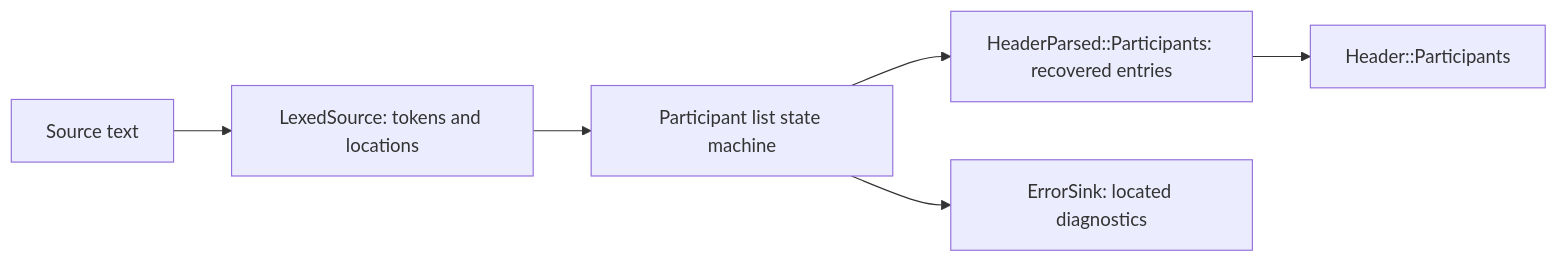
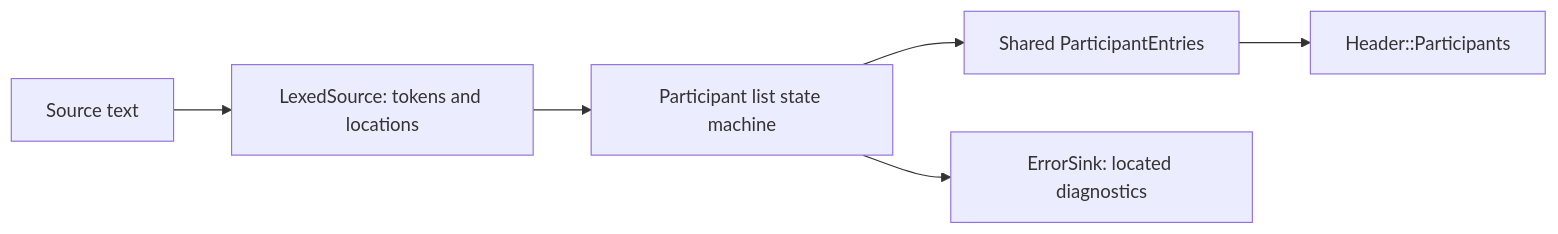
The second of 2 diagrams in book/src/architecture/parser-backends.md (TalkBank/chatter), drawn with Mermaid before and after one commit. The commit also changed other lines of this file and 1443 other files, not shown here.

````diff
--- a/book/src/architecture/parser-backends.md
+++ b/book/src/architecture/parser-backends.md
@@ -259,8 +614,8 @@
 ```mermaid
 flowchart LR
     source["Source text"] --> lexed["LexedSource: tokens and locations"]
     lexed --> parser["Participant list state machine"]
-    parser --> entries["HeaderParsed::Participants: recovered entries"]
+    parser --> entries["Shared ParticipantEntries"]
     parser --> errors["ErrorSink: located diagnostics"]
     entries --> model["Header::Participants"]
 ```
````
